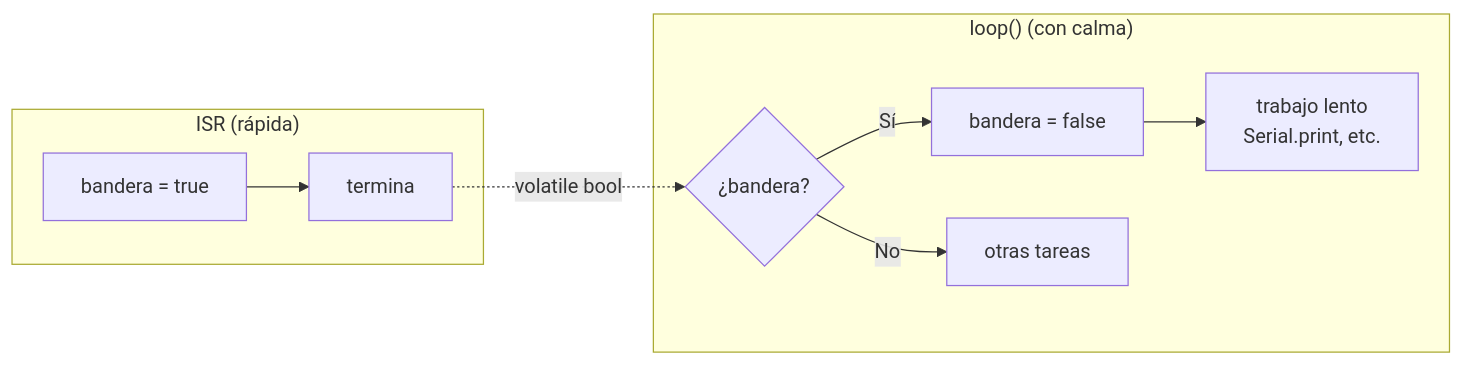
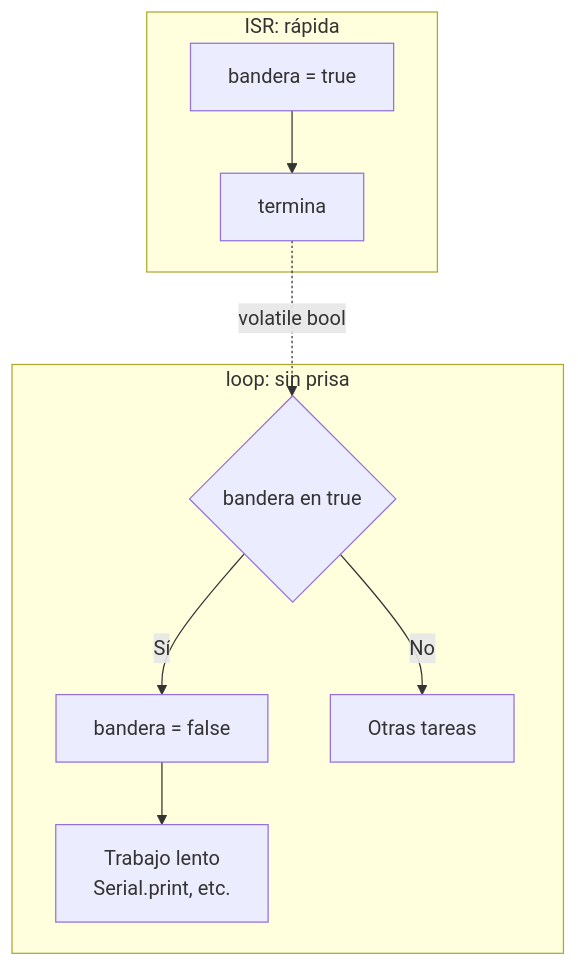
The seventh of 7 diagrams in unidad-1/apuntes/05-temporizadores.md (AlejandroTatum/sistemas-digitales-unl), drawn with Mermaid before and after one commit. The commit also changed other lines of this file and 16 other files, not shown here.

````diff
--- a/unidad-1/apuntes/05-temporizadores.md
+++ b/unidad-1/apuntes/05-temporizadores.md
@@ -247,12 +216,12 @@
 ```mermaid
-flowchart LR
-    subgraph ISR["ISR (rápida)"]
+flowchart TD
+    subgraph ISR["ISR: rápida"]
         A["bandera = true"] --> B["termina"]
     end
-    subgraph LOOP["loop() (con calma)"]
-        C{"¿bandera?"} -->|Sí| D["bandera = false"]
-        D --> E["trabajo lento<br/>Serial.print, etc."]
-        C -->|No| F["otras tareas"]
+    subgraph LOOP["loop: sin prisa"]
+        C{"bandera en true"} -->|Sí| D["bandera = false"]
+        D --> E["Trabajo lento<br/>Serial.print, etc."]
+        C -->|No| F["Otras tareas"]
     end
     B -.->|"volatile bool"| C
 ```
````
